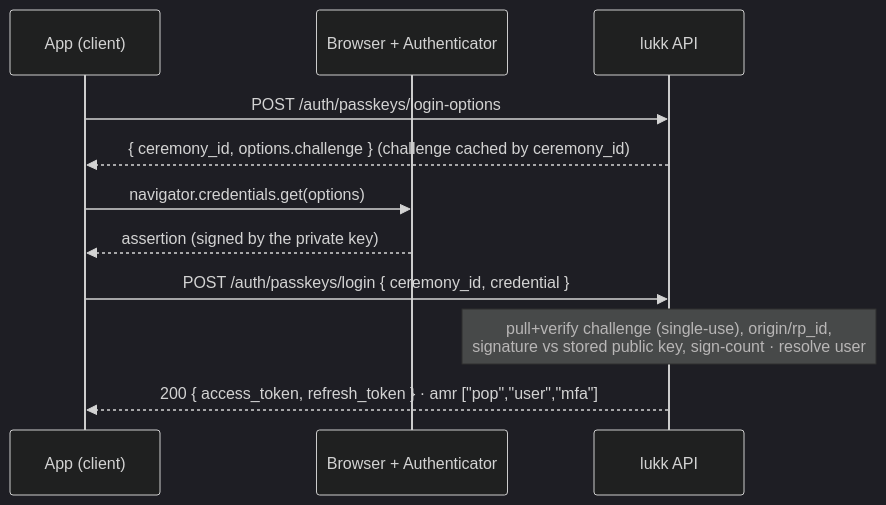
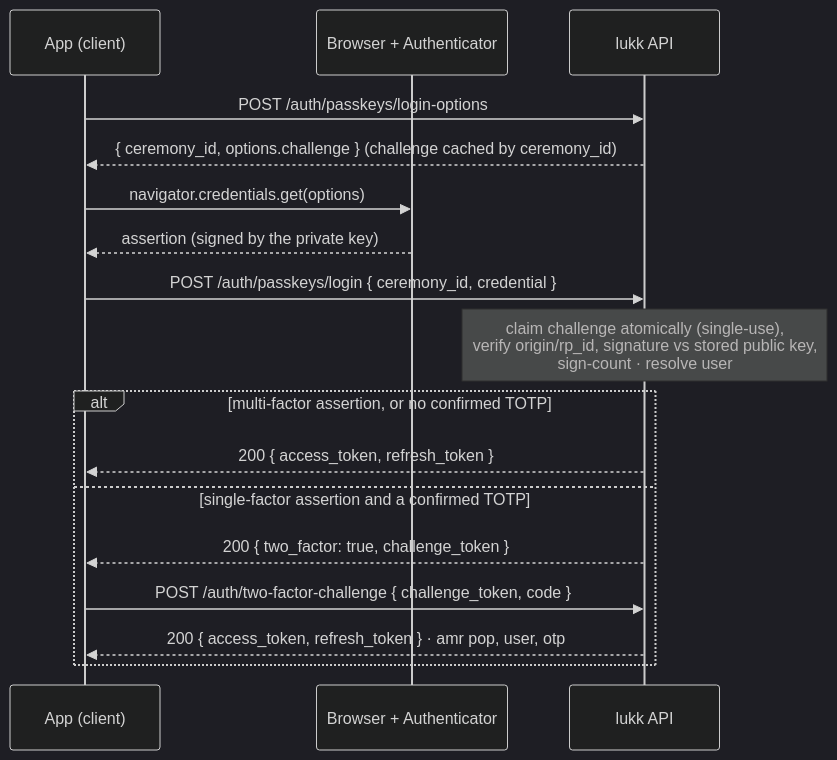
Before and after one commit to stsepelin/lukk-docs: the second of 3 diagrams in docs/passkeys.md, drawn with Mermaid (dark theme). The commit also changed other lines of this file and 11 other files, not shown here.

Commit message:
docs: passkey login's challenge branch and atomic claim, client types, sameSite, CSRF, multi-guard routes, and smaller corrections

````diff
--- a/docs/passkeys.md
+++ b/docs/passkeys.md
@@ -84,14 +86,20 @@
 ```mermaid
 sequenceDiagram
     participant App as App (client)
     participant B as Browser + Authenticator
     participant API as lukk API
 
     App->>API: POST /auth/passkeys/login-options
     API-->>App: { ceremony_id, options.challenge }  (challenge cached by ceremony_id)
     App->>B: navigator.credentials.get(options)
     B-->>App: assertion (signed by the private key)
     App->>API: POST /auth/passkeys/login { ceremony_id, credential }
-    Note over API: pull+verify challenge (single-use), origin/rp_id,<br/>signature vs stored public key, sign-count · resolve user
-    API-->>App: 200 { access_token, refresh_token } · amr ["pop","user","mfa"]
+    Note over API: claim challenge atomically (single-use),<br/>verify origin/rp_id, signature vs stored public key,<br/>sign-count · resolve user
+    alt multi-factor assertion, or no confirmed TOTP
+        API-->>App: 200 { access_token, refresh_token }
+    else single-factor assertion and a confirmed TOTP
+        API-->>App: 200 { two_factor: true, challenge_token }
+        App->>API: POST /auth/two-factor-challenge { challenge_token, code }
+        API-->>App: 200 { access_token, refresh_token } · amr pop, user, otp
+    end
 ```
````
